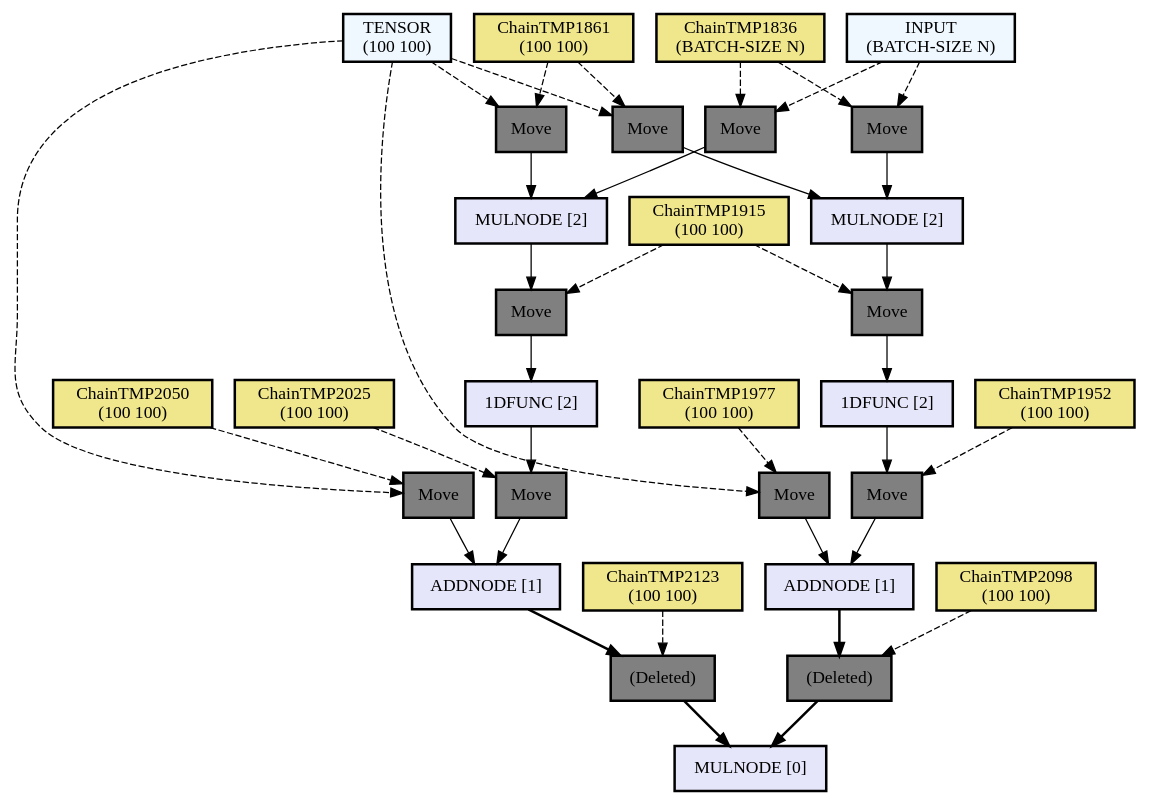
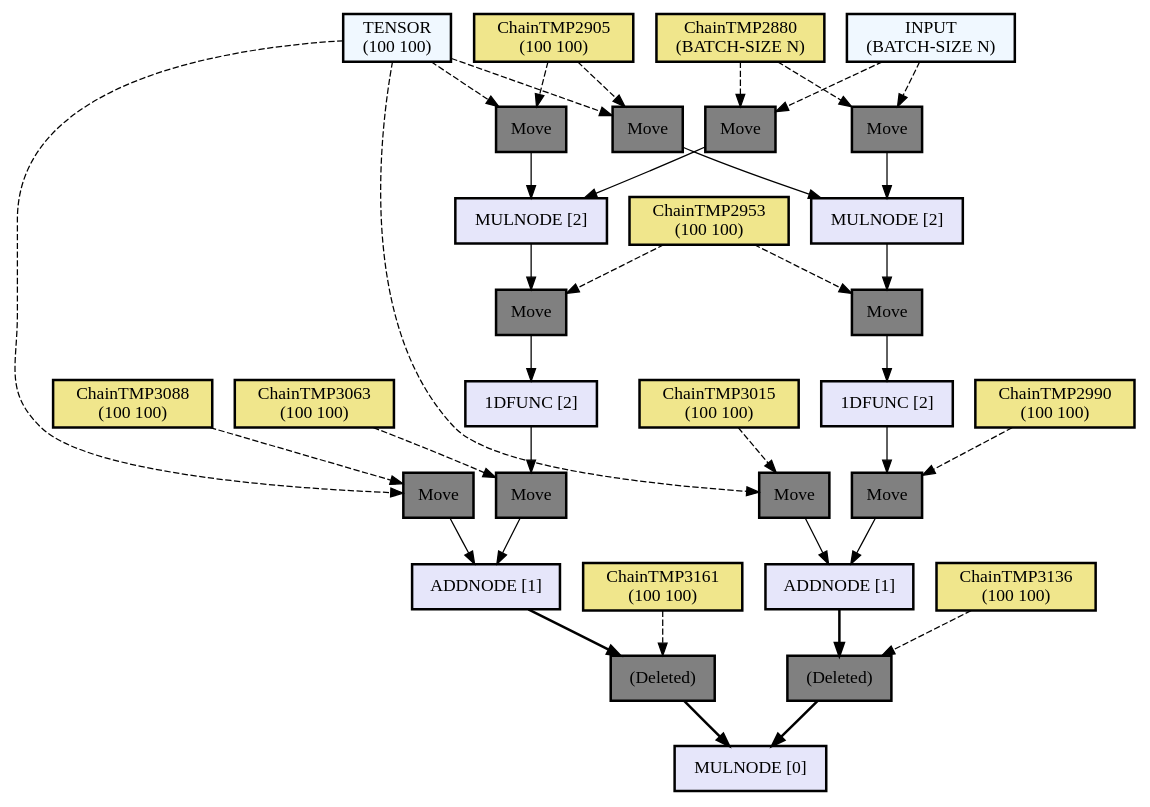
The diagram in assets/out2.dot (hikettei/cl-waffe2), drawn with Graphviz before and after one commit. The commit also changed 6 other files, not shown here.

```diff
--- a/assets/out2.dot
+++ b/assets/out2.dot
@@ -1,94 +1,94 @@
 digraph computation_node {
   node[shape="box" style="filled" color="black" penwidth="2"];
   TENSOR [label = "TENSOR
 (100 100)" fillcolor="#f0f8ff" style="filled, solid"];
-  ChainTMP2050 [label = "ChainTMP2050
+  ChainTMP3088 [label = "ChainTMP3088
 (100 100)" fillcolor="#f0e68c" style="filled, solid"];
-  NODE2340 [label = "Move" fillcolor="gray" style="filled, solid"];
+  NODE3380 [label = "Move" fillcolor="gray" style="filled, solid"];
   TENSOR [label = "TENSOR
 (100 100)" fillcolor="#f0f8ff" style="filled, solid"];
-  ChainTMP1861 [label = "ChainTMP1861
+  ChainTMP2905 [label = "ChainTMP2905
 (100 100)" fillcolor="#f0e68c" style="filled, solid"];
-  NODE2337 [label = "Move" fillcolor="gray" style="filled, solid"];
+  NODE3377 [label = "Move" fillcolor="gray" style="filled, solid"];
   INPUT [label = "INPUT
 (BATCH-SIZE N)" fillcolor="#f0f8ff" style="filled, solid"];
-  ChainTMP1836 [label = "ChainTMP1836
+  ChainTMP2880 [label = "ChainTMP2880
 (BATCH-SIZE N)" fillcolor="#f0e68c" style="filled, solid"];
-  NODE2334 [label = "Move" fillcolor="gray" style="filled, solid"];
-  NODE2333 [label = "MULNODE [2]" fillcolor="#e6e6fa" style="filled, solid"];
-  ChainTMP1915 [label = "ChainTMP1915
+  NODE3374 [label = "Move" fillcolor="gray" style="filled, solid"];
+  NODE3373 [label = "MULNODE [2]" fillcolor="#e6e6fa" style="filled, solid"];
+  ChainTMP2953 [label = "ChainTMP2953
 (100 100)" fillcolor="#f0e68c" style="filled, solid"];
-  NODE2331 [label = "Move" fillcolor="gray" style="filled, solid"];
-  NODE2330 [label = "1DFUNC [2]" fillcolor="#e6e6fa" style="filled, solid"];
-  ChainTMP2025 [label = "ChainTMP2025
+  NODE3371 [label = "Move" fillcolor="gray" style="filled, solid"];
+  NODE3370 [label = "1DFUNC [2]" fillcolor="#e6e6fa" style="filled, solid"];
+  ChainTMP3063 [label = "ChainTMP3063
 (100 100)" fillcolor="#f0e68c" style="filled, solid"];
-  NODE2328 [label = "Move" fillcolor="gray" style="filled, solid"];
-  NODE2327 [label = "ADDNODE [1]" fillcolor="#e6e6fa" style="filled, solid"];
-  ChainTMP2123 [label = "ChainTMP2123
+  NODE3368 [label = "Move" fillcolor="gray" style="filled, solid"];
+  NODE3367 [label = "ADDNODE [1]" fillcolor="#e6e6fa" style="filled, solid"];
+  ChainTMP3161 [label = "ChainTMP3161
 (100 100)" fillcolor="#f0e68c" style="filled, solid"];
-  NODE2325 [label = "(Deleted)" fillcolor="gray" style="filled, solid"];
+  NODE3365 [label = "(Deleted)" fillcolor="gray" style="filled, solid"];
   TENSOR [label = "TENSOR
 (100 100)" fillcolor="#f0f8ff" style="filled, solid"];
-  ChainTMP1977 [label = "ChainTMP1977
+  ChainTMP3015 [label = "ChainTMP3015
 (100 100)" fillcolor="#f0e68c" style="filled, solid"];
-  NODE2322 [label = "Move" fillcolor="gray" style="filled, solid"];
+  NODE3362 [label = "Move" fillcolor="gray" style="filled, solid"];
   TENSOR [label = "TENSOR
 (100 100)" fillcolor="#f0f8ff" style="filled, solid"];
-  ChainTMP1861 [label = "ChainTMP1861
+  ChainTMP2905 [label = "ChainTMP2905
 (100 100)" fillcolor="#f0e68c" style="filled, solid"];
-  NODE2319 [label = "Move" fillcolor="gray" style="filled, solid"];
+  NODE3359 [label = "Move" fillcolor="gray" style="filled, solid"];
   INPUT [label = "INPUT
 (BATCH-SIZE N)" fillcolor="#f0f8ff" style="filled, solid"];
-  ChainTMP1836 [label = "ChainTMP1836
+  ChainTMP2880 [label = "ChainTMP2880
 (BATCH-SIZE N)" fillcolor="#f0e68c" style="filled, solid"];
-  NODE2316 [label = "Move" fillcolor="gray" style="filled, solid"];
-  NODE2315 [label = "MULNODE [2]" fillcolor="#e6e6fa" style="filled, solid"];
-  ChainTMP1915 [label = "ChainTMP1915
+  NODE3356 [label = "Move" fillcolor="gray" style="filled, solid"];
+  NODE3355 [label = "MULNODE [2]" fillcolor="#e6e6fa" style="filled, solid"];
+  ChainTMP2953 [label = "ChainTMP2953
 (100 100)" fillcolor="#f0e68c" style="filled, solid"];
-  NODE2313 [label = "Move" fillcolor="gray" style="filled, solid"];
-  NODE2312 [label = "1DFUNC [2]" fillcolor="#e6e6fa" style="filled, solid"];
-  ChainTMP1952 [label = "ChainTMP1952
+  NODE3353 [label = "Move" fillcolor="gray" style="filled, solid"];
+  NODE3352 [label = "1DFUNC [2]" fillcolor="#e6e6fa" style="filled, solid"];
+  ChainTMP2990 [label = "ChainTMP2990
 (100 100)" fillcolor="#f0e68c" style="filled, solid"];
-  NODE2310 [label = "Move" fillcolor="gray" style="filled, solid"];
-  NODE2309 [label = "ADDNODE [1]" fillcolor="#e6e6fa" style="filled, solid"];
-  ChainTMP2098 [label = "ChainTMP2098
+  NODE3350 [label = "Move" fillcolor="gray" style="filled, solid"];
+  NODE3349 [label = "ADDNODE [1]" fillcolor="#e6e6fa" style="filled, solid"];
+  ChainTMP3136 [label = "ChainTMP3136
 (100 100)" fillcolor="#f0e68c" style="filled, solid"];
-  NODE2307 [label = "(Deleted)" fillcolor="gray" style="filled, solid"];
-  NODE2306 [label = "MULNODE [0]" fillcolor="#e6e6fa" style="filled, solid"];
-  NODE2307 -> NODE2306[penwidth="2"];
-  ChainTMP2098 -> NODE2307[style="dashed"];
-  NODE2309 -> NODE2307[penwidth="2"];
-  NODE2310 -> NODE2309[weight=10];
-  ChainTMP1952 -> NODE2310[style="dashed"];
-  NODE2312 -> NODE2310[weight=10];
-  NODE2313 -> NODE2312[weight=10];
-  ChainTMP1915 -> NODE2313[style="dashed"];
-  NODE2315 -> NODE2313[weight=10];
-  NODE2316 -> NODE2315[weight=10];
-  ChainTMP1836 -> NODE2316[style="dashed"];
-  INPUT -> NODE2316[style="dashed"];
-  NODE2319 -> NODE2315[weight=10];
-  ChainTMP1861 -> NODE2319[style="dashed"];
-  TENSOR -> NODE2319[style="dashed"];
-  NODE2322 -> NODE2309[weight=10];
-  ChainTMP1977 -> NODE2322[style="dashed"];
-  TENSOR -> NODE2322[style="dashed"];
-  NODE2325 -> NODE2306[penwidth="2"];
-  ChainTMP2123 -> NODE2325[style="dashed"];
-  NODE2327 -> NODE2325[penwidth="2"];
-  NODE2328 -> NODE2327[weight=10];
-  ChainTMP2025 -> NODE2328[style="dashed"];
-  NODE2330 -> NODE2328[weight=10];
-  NODE2331 -> NODE2330[weight=10];
-  ChainTMP1915 -> NODE2331[style="dashed"];
-  NODE2333 -> NODE2331[weight=10];
-  NODE2334 -> NODE2333[weight=10];
-  ChainTMP1836 -> NODE2334[style="dashed"];
-  INPUT -> NODE2334[style="dashed"];
-  NODE2337 -> NODE2333[weight=10];
-  ChainTMP1861 -> NODE2337[style="dashed"];
-  TENSOR -> NODE2337[style="dashed"];
-  NODE2340 -> NODE2327[weight=10];
-  ChainTMP2050 -> NODE2340[style="dashed"];
-  TENSOR -> NODE2340[style="dashed"];
+  NODE3347 [label = "(Deleted)" fillcolor="gray" style="filled, solid"];
+  NODE3346 [label = "MULNODE [0]" fillcolor="#e6e6fa" style="filled, solid"];
+  NODE3347 -> NODE3346[penwidth="2"];
+  ChainTMP3136 -> NODE3347[style="dashed"];
+  NODE3349 -> NODE3347[penwidth="2"];
+  NODE3350 -> NODE3349[weight=10];
+  ChainTMP2990 -> NODE3350[style="dashed"];
+  NODE3352 -> NODE3350[weight=10];
+  NODE3353 -> NODE3352[weight=10];
+  ChainTMP2953 -> NODE3353[style="dashed"];
+  NODE3355 -> NODE3353[weight=10];
+  NODE3356 -> NODE3355[weight=10];
+  ChainTMP2880 -> NODE3356[style="dashed"];
+  INPUT -> NODE3356[style="dashed"];
+  NODE3359 -> NODE3355[weight=10];
+  ChainTMP2905 -> NODE3359[style="dashed"];
+  TENSOR -> NODE3359[style="dashed"];
+  NODE3362 -> NODE3349[weight=10];
+  ChainTMP3015 -> NODE3362[style="dashed"];
+  TENSOR -> NODE3362[style="dashed"];
+  NODE3365 -> NODE3346[penwidth="2"];
+  ChainTMP3161 -> NODE3365[style="dashed"];
+  NODE3367 -> NODE3365[penwidth="2"];
+  NODE3368 -> NODE3367[weight=10];
+  ChainTMP3063 -> NODE3368[style="dashed"];
+  NODE3370 -> NODE3368[weight=10];
+  NODE3371 -> NODE3370[weight=10];
+  ChainTMP2953 -> NODE3371[style="dashed"];
+  NODE3373 -> NODE3371[weight=10];
+  NODE3374 -> NODE3373[weight=10];
+  ChainTMP2880 -> NODE3374[style="dashed"];
+  INPUT -> NODE3374[style="dashed"];
+  NODE3377 -> NODE3373[weight=10];
+  ChainTMP2905 -> NODE3377[style="dashed"];
+  TENSOR -> NODE3377[style="dashed"];
+  NODE3380 -> NODE3367[weight=10];
+  ChainTMP3088 -> NODE3380[style="dashed"];
+  TENSOR -> NODE3380[style="dashed"];
 }
```
